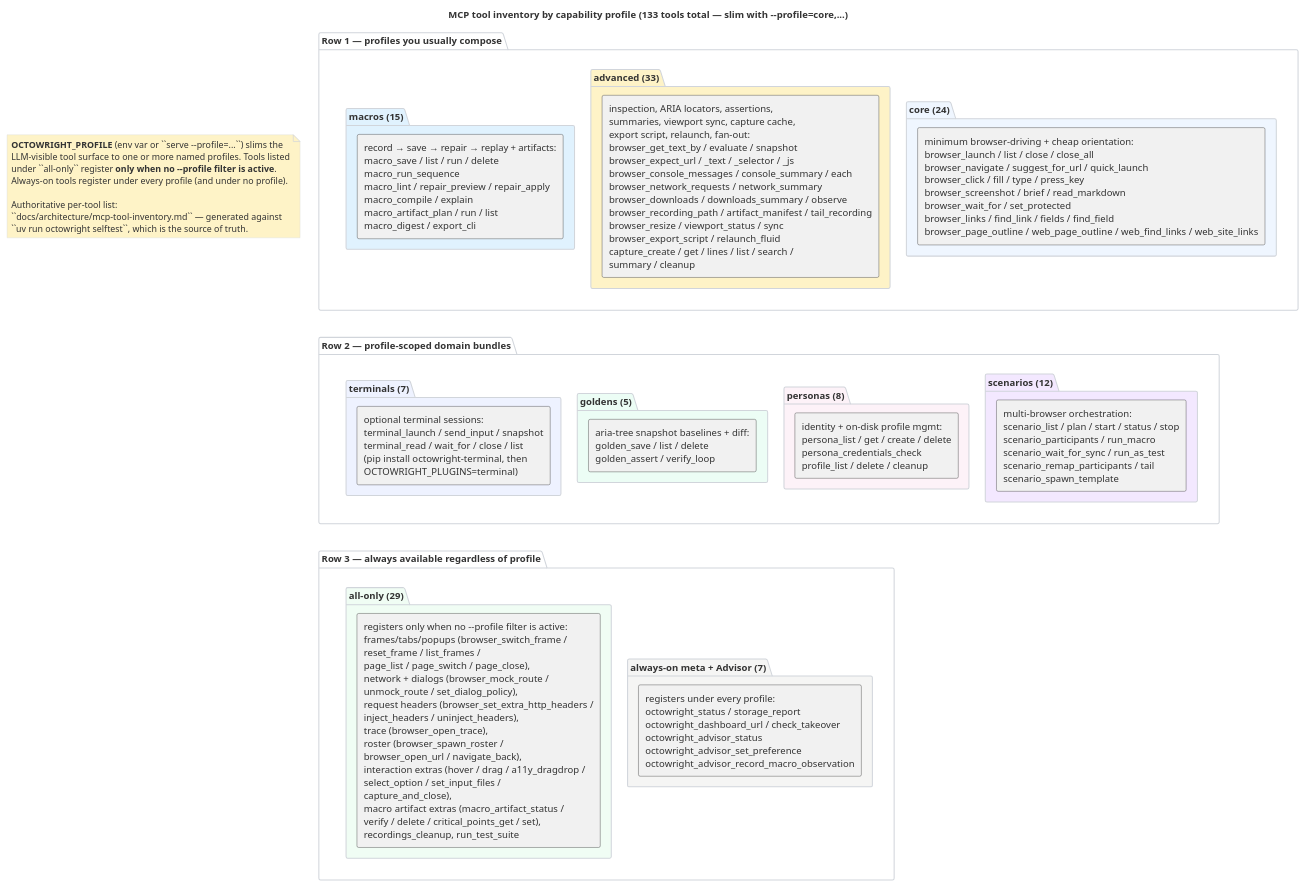
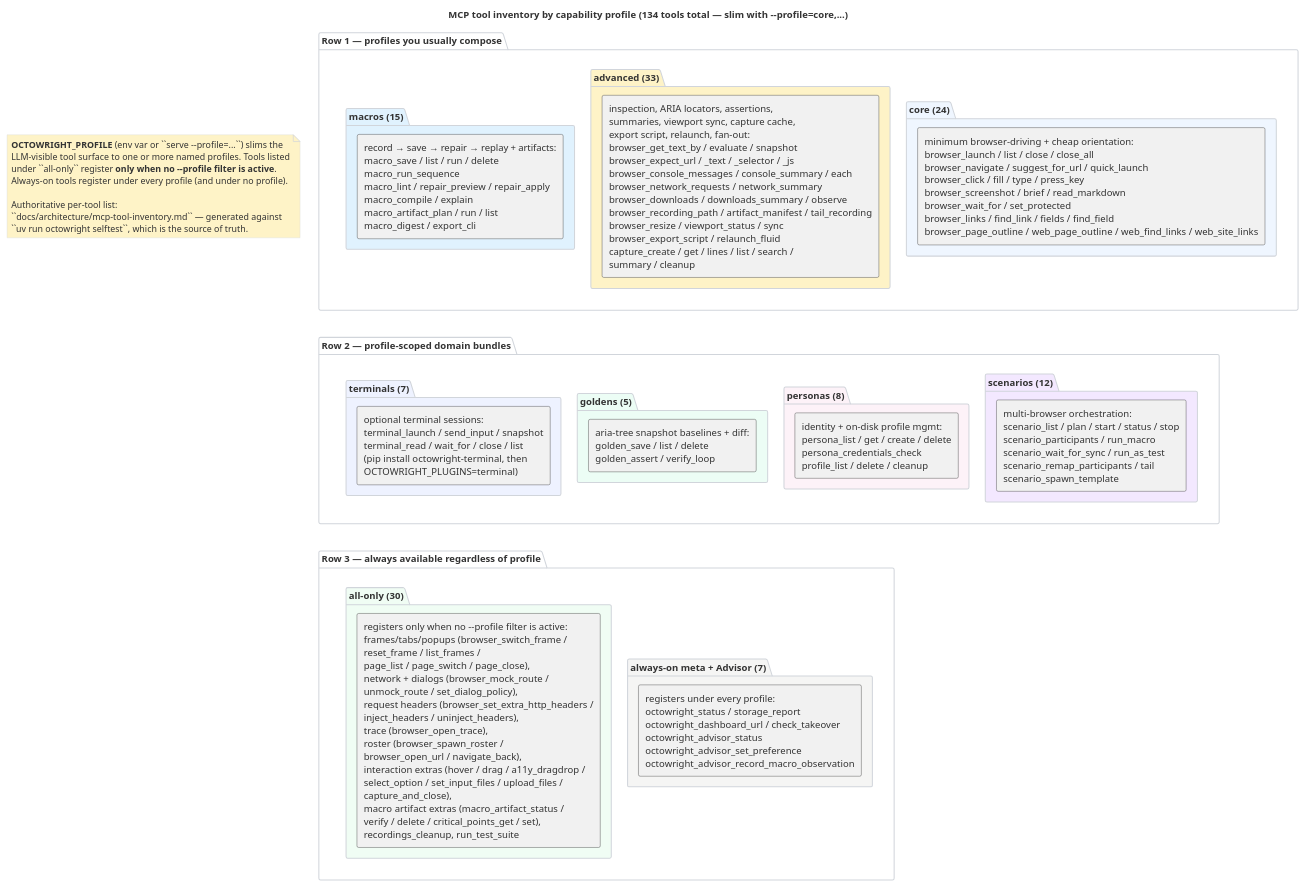
The diagram in docs/architecture/mcp-tool-surface.puml (livingstaccato/octowright), drawn with PlantUML before and after one commit. The commit also changed 8 other files, not shown here.

```diff
--- a/docs/architecture/mcp-tool-surface.puml
+++ b/docs/architecture/mcp-tool-surface.puml
@@ -5,71 +5,71 @@
 @startuml mcp-tool-surface
-title MCP tool inventory by capability profile (133 tools total — slim with --profile=core,...)
+title MCP tool inventory by capability profile (134 tools total — slim with --profile=core,...)
 
 skinparam backgroundColor #ffffff
 skinparam defaultFontColor #333333
 skinparam packageBorderColor #d1d5db
 skinparam packageBackgroundColor #f9fafb
 skinparam noteBackgroundColor #fef3c7
 skinparam noteBorderColor #d1d5db
 skinparam ArrowColor transparent
 
 ' PlantUML doesn't have a real grid layout. The trick that works: wrap
 ' each row of profile boxes in an outer "row" package. Outer packages
 ' stack vertically because nothing links them horizontally; inner
 ' boxes pack horizontally within their row.
 
 note as LEGEND #fef3c7
   **OCTOWRIGHT_PROFILE** (env var or ``serve --profile=...``) slims the
   LLM-visible tool surface to one or more named profiles. Tools listed
   under ``all-only`` register **only when no --profile filter is active**.
   Always-on tools register under every profile (and under no profile).
 
   Authoritative per-tool list:
   ``docs/architecture/mcp-tool-inventory.md`` — generated against
   ``uv run octowright selftest``, which is the source of truth.
 end note
 
 package "Row 1 — profiles you usually compose" as ROW1 #ffffff {
   package "core (24)" as P_CORE #eff6ff {
     rectangle "minimum browser-driving + cheap orientation:\nbrowser_launch / list / close / close_all\nbrowser_navigate / suggest_for_url / quick_launch\nbrowser_click / fill / type / press_key\nbrowser_screenshot / brief / read_markdown\nbrowser_wait_for / set_protected\nbrowser_links / find_link / fields / find_field\nbrowser_page_outline / web_page_outline / web_find_links / web_site_links" as R_CORE
   }
   package "advanced (33)" as P_ADV #fef3c7 {
     rectangle "inspection, ARIA locators, assertions,\nsummaries, viewport sync, capture cache,\nexport script, relaunch, fan-out:\nbrowser_get_text_by / evaluate / snapshot\nbrowser_expect_url / _text / _selector / _js\nbrowser_console_messages / console_summary / each\nbrowser_network_requests / network_summary\nbrowser_downloads / downloads_summary / observe\nbrowser_recording_path / artifact_manifest / tail_recording\nbrowser_resize / viewport_status / sync\nbrowser_export_script / relaunch_fluid\ncapture_create / get / lines / list / search /\nsummary / cleanup" as R_ADV
   }
   package "macros (15)" as P_MAC #e0f2fe {
     rectangle "record → save → repair → replay + artifacts:\nmacro_save / list / run / delete\nmacro_run_sequence\nmacro_lint / repair_preview / repair_apply\nmacro_compile / explain\nmacro_artifact_plan / run / list\nmacro_digest / export_cli" as R_MAC
   }
 }
 
 package "Row 2 — profile-scoped domain bundles" as ROW2 #ffffff {
   package "scenarios (12)" as P_SCN #f3e8ff {
     rectangle "multi-browser orchestration:\nscenario_list / plan / start / status / stop\nscenario_participants / run_macro\nscenario_wait_for_sync / run_as_test\nscenario_remap_participants / tail\nscenario_spawn_template" as R_SCN
   }
   package "personas (8)" as P_PERS #fdf2f8 {
     rectangle "identity + on-disk profile mgmt:\npersona_list / get / create / delete\npersona_credentials_check\nprofile_list / delete / cleanup" as R_PERS
   }
   package "goldens (5)" as P_GOLD #ecfdf5 {
     rectangle "aria-tree snapshot baselines + diff:\ngolden_save / list / delete\ngolden_assert / verify_loop" as R_GOLD
   }
   package "terminals (7)" as P_TERM #eef2ff {
     rectangle "optional terminal sessions:\nterminal_launch / send_input / snapshot\nterminal_read / wait_for / close / list\n(pip install octowright-terminal, then\nOCTOWRIGHT_PLUGINS=terminal)" as R_TERM
   }
 }
 
 package "Row 3 — always available regardless of profile" as ROW3 #ffffff {
   package "always-on meta + Advisor (7)" as P_META #f5f5f4 {
     rectangle "registers under every profile:\noctowright_status / storage_report\noctowright_dashboard_url / check_takeover\noctowright_advisor_status\noctowright_advisor_set_preference\noctowright_advisor_record_macro_observation" as R_META
   }
-  package "all-only (29)" as P_ALL #f0fdf4 {
-    rectangle "registers only when no --profile filter is active:\nframes/tabs/popups (browser_switch_frame /\nreset_frame / list_frames /\npage_list / page_switch / page_close),\nnetwork + dialogs (browser_mock_route /\nunmock_route / set_dialog_policy),\nrequest headers (browser_set_extra_http_headers /\ninject_headers / uninject_headers),\ntrace (browser_open_trace),\nroster (browser_spawn_roster /\nbrowser_open_url / navigate_back),\ninteraction extras (hover / drag / a11y_dragdrop /\nselect_option / set_input_files /\ncapture_and_close),\nmacro artifact extras (macro_artifact_status /\nverify / delete / critical_points_get / set),\nrecordings_cleanup, run_test_suite" as R_ALL
+  package "all-only (30)" as P_ALL #f0fdf4 {
+    rectangle "registers only when no --profile filter is active:\nframes/tabs/popups (browser_switch_frame /\nreset_frame / list_frames /\npage_list / page_switch / page_close),\nnetwork + dialogs (browser_mock_route /\nunmock_route / set_dialog_policy),\nrequest headers (browser_set_extra_http_headers /\ninject_headers / uninject_headers),\ntrace (browser_open_trace),\nroster (browser_spawn_roster /\nbrowser_open_url / navigate_back),\ninteraction extras (hover / drag / a11y_dragdrop /\nselect_option / set_input_files / upload_files /\ncapture_and_close),\nmacro artifact extras (macro_artifact_status /\nverify / delete / critical_points_get / set),\nrecordings_cleanup, run_test_suite" as R_ALL
   }
 }
 
 ' Force vertical stacking of the row packages. Without these, PlantUML
 ' lays the three outer packages out in a single horizontal strip.
 ' (The note doesn't participate — hidden-arrow on a note leaks as a
 ' visible text label in some renderers.)
 ROW1 -[hidden]down-> ROW2
 ROW2 -[hidden]down-> ROW3
 
 @enduml
```
